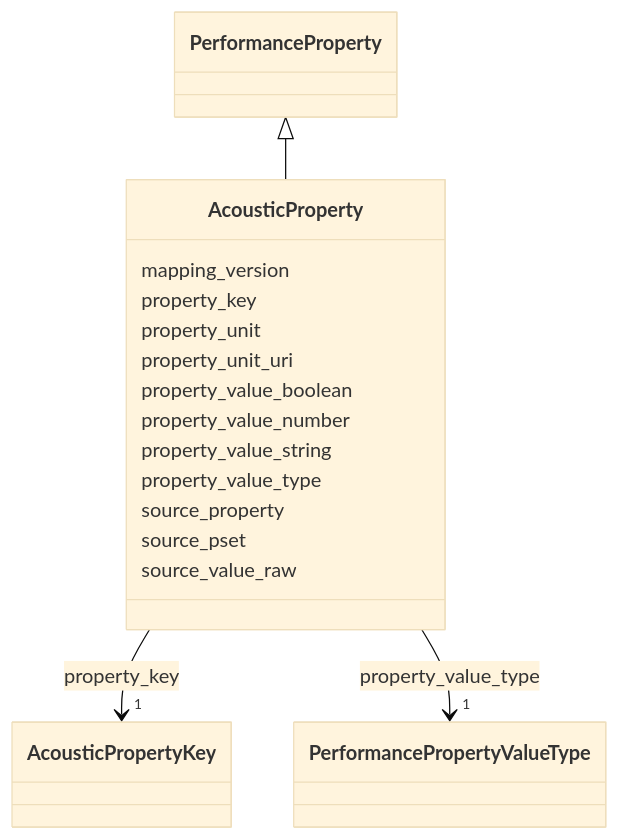
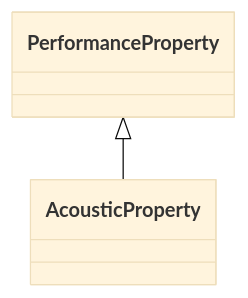
The diagram in site/.md-src/schema/AcousticProperty.md (simondilhas/pragmatic-bim-data-contract), drawn with Mermaid (base theme) before and after one commit. The commit also changed other lines of this file and 561 other files, not shown here.

First line of the commit message:
Integrate Mermaid and Panzoom for enhanced documentation visualization

````diff
--- a/site/.md-src/schema/AcousticProperty.md
+++ b/site/.md-src/schema/AcousticProperty.md
@@ -23,22 +23,10 @@
 ```mermaid
- classDiagram
-    class AcousticProperty
-    click AcousticProperty href "./AcousticProperty.html"
-      PerformanceProperty <|-- AcousticProperty
-        click PerformanceProperty href "./PerformanceProperty.html"
-      AcousticProperty : mapping_version
-      AcousticProperty : property_key
-        AcousticProperty --> "1" AcousticPropertyKey : property_key
-        click AcousticPropertyKey href "./AcousticPropertyKey.html"
-      AcousticProperty : property_unit
-      AcousticProperty : property_unit_uri
-      AcousticProperty : property_value_boolean
-      AcousticProperty : property_value_number
-      AcousticProperty : property_value_string
-      AcousticProperty : property_value_type
-        AcousticProperty --> "1" PerformancePropertyValueType : property_value_type
-        click PerformancePropertyValueType href "./PerformancePropertyValueType.html"
-      AcousticProperty : source_property
-      AcousticProperty : source_pset
-      AcousticProperty : source_value_raw
+classDiagram
+direction TB
+class AcousticProperty
+click AcousticProperty href "./AcousticProperty.html" _blank
+PerformanceProperty <|-- AcousticProperty
+click PerformanceProperty href "./PerformanceProperty.html" _blank
+click AcousticPropertyKey href "./AcousticPropertyKey.html" _blank
+click PerformancePropertyValueType href "./PerformancePropertyValueType.html" _blank
 ```
````
